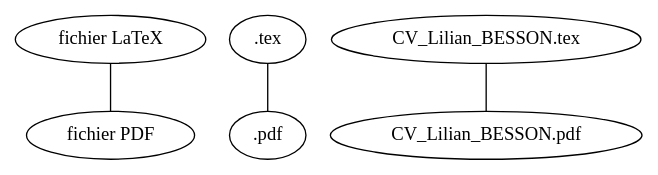
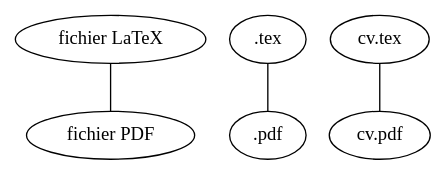
Before and after one commit to Naereen/web-sphinx: the third of 5 diagrams in graph.rst, drawn with Graphviz. The commit also changed other lines of this file and 10 other files, not shown here.

Commit message:
CV_Lilian_BESSON -> cv

```diff
--- a/graph.rst
+++ b/graph.rst
@@ -59,5 +59,5 @@
 .. graph:: latex
 
    "fichier LaTeX" -- "fichier PDF"
    ".tex" -- ".pdf";
-   "CV_Lilian_BESSON.tex" -- "CV_Lilian_BESSON.pdf";
+   "cv.tex" -- "cv.pdf";
```
